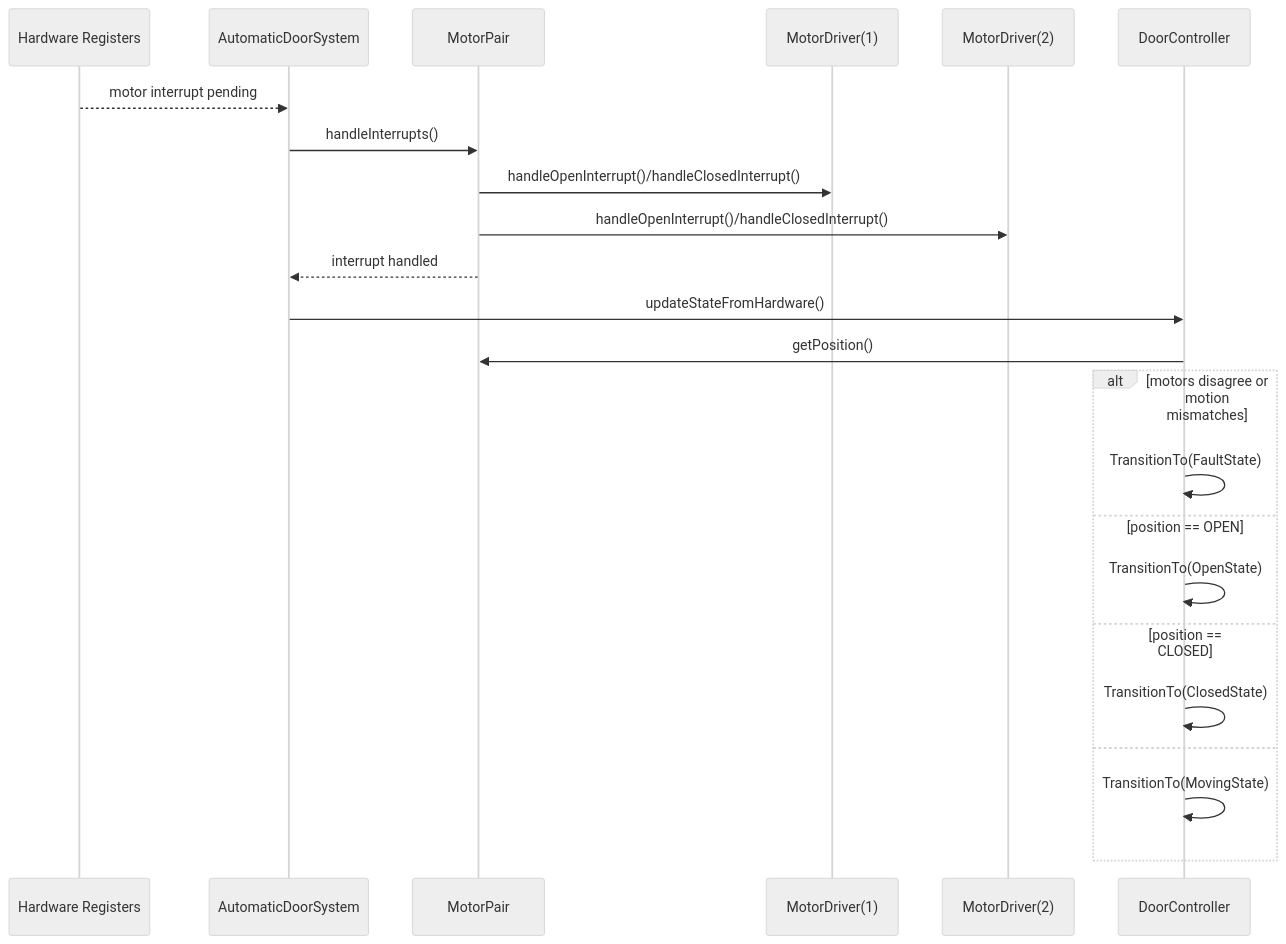
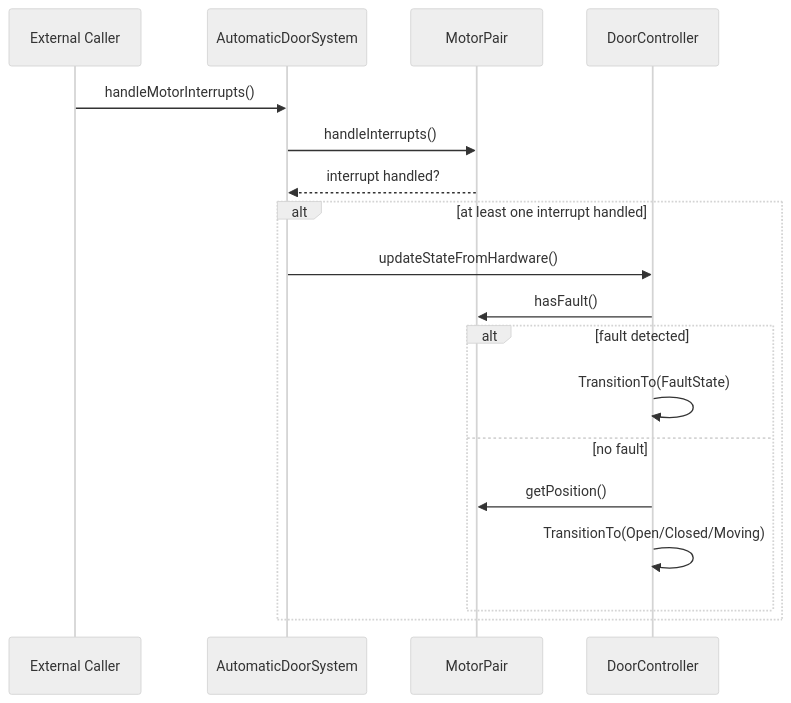
The fourth of 4 diagrams in docs/ARCHITECTURE_DIAGRAMS.md (Jacob-Russell/AutomaticDoorSystem), drawn with Mermaid (neutral theme) before and after one commit. The commit also changed other lines of this file, not shown here.

Commit message:
Mermaid architectural diagram updates

````diff
--- a/docs/ARCHITECTURE_DIAGRAMS.md
+++ b/docs/ARCHITECTURE_DIAGRAMS.md
@@ -202,26 +98,21 @@
 ```mermaid
 sequenceDiagram
-    participant HW as Hardware Registers
+    participant External as External Caller
     participant System as AutomaticDoorSystem
     participant Motors as MotorPair
-    participant M1 as MotorDriver(1)
-    participant M2 as MotorDriver(2)
     participant Controller as DoorController
 
-    HW-->>System: motor interrupt pending
+    External->>System: handleMotorInterrupts()
     System->>Motors: handleInterrupts()
-    Motors->>M1: handleOpenInterrupt()/handleClosedInterrupt()
-    Motors->>M2: handleOpenInterrupt()/handleClosedInterrupt()
-    Motors-->>System: interrupt handled
-    System->>Controller: updateStateFromHardware()
-    Controller->>Motors: getPosition()
-    alt motors disagree or motion mismatches
-        Controller->>Controller: TransitionTo(FaultState)
-    else position == OPEN
-        Controller->>Controller: TransitionTo(OpenState)
-    else position == CLOSED
-        Controller->>Controller: TransitionTo(ClosedState)
-    else
-        Controller->>Controller: TransitionTo(MovingState)
+    Motors-->>System: interrupt handled?
+    alt at least one interrupt handled
+        System->>Controller: updateStateFromHardware()
+        Controller->>Motors: hasFault()
+        alt fault detected
+            Controller->>Controller: TransitionTo(FaultState)
+        else no fault
+            Controller->>Motors: getPosition()
+            Controller->>Controller: TransitionTo(Open/Closed/Moving)
+        end
     end
 ```
````
